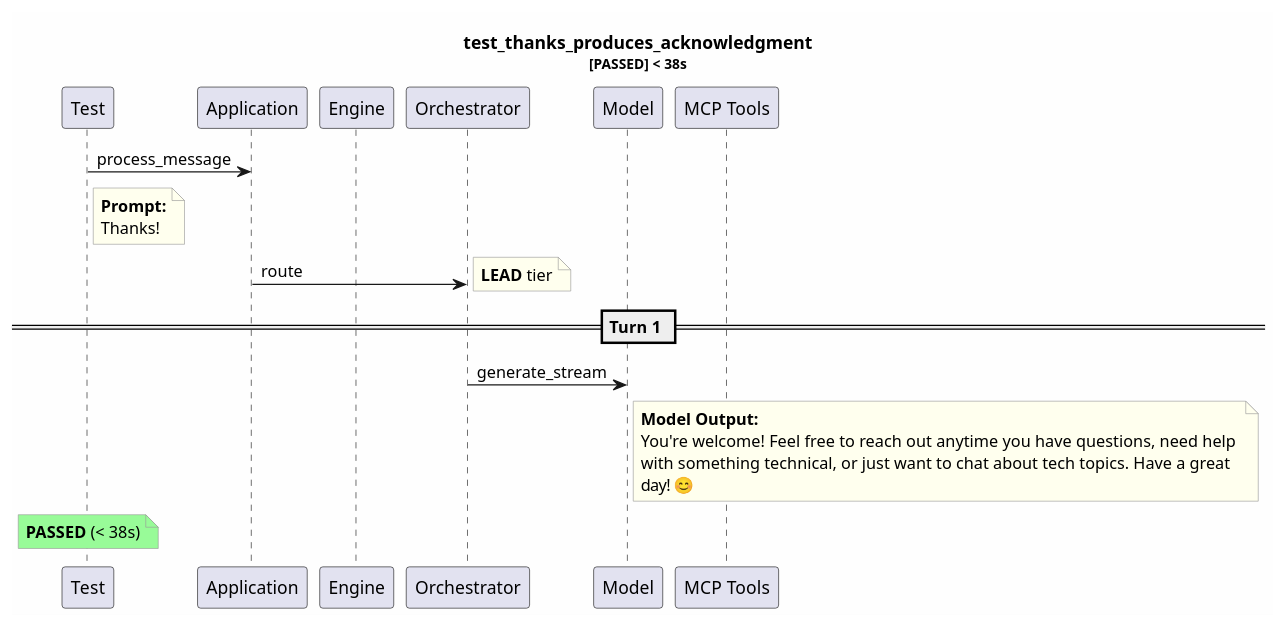
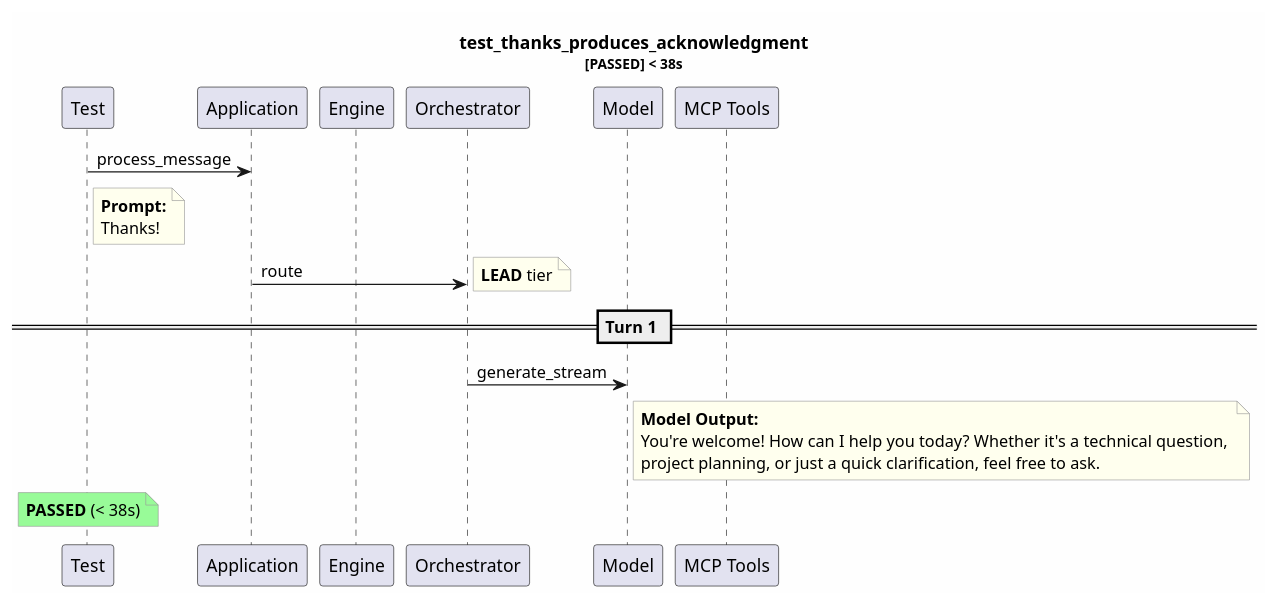
The diagram in test-reports/logs/test_thanks_produces_acknowledgment/test_thanks_produces_acknowledgment.puml (tvanfossen/entropic), drawn with PlantUML before and after one commit. The commit also changed 11 other files, not shown here.

```diff
--- a/test-reports/logs/test_thanks_produces_acknowledgment/test_thanks_produces_acknowledgment.puml
+++ b/test-reports/logs/test_thanks_produces_acknowledgment/test_thanks_produces_acknowledgment.puml
@@ -1,33 +1,32 @@
 @startuml
 skinparam backgroundColor #FEFEFE
 skinparam noteBorderColor #999999
 skinparam noteBackgroundColor #FFFFEE
 title test_thanks_produces_acknowledgment\n<size:11>[PASSED] < 38s</size>
 
 participant "Test" as T
 participant "Application" as App
 participant "Engine" as Eng
 participant "Orchestrator" as Orch
 participant "Model" as Mdl
 participant "MCP Tools" as MCP
 
 T -> App: process_message
 note right of T
   **Prompt:**
   Thanks!
 end note
 App -> Orch: route
 note right: **LEAD** tier
 == Turn 1 ==
 Orch -> Mdl: generate_stream
 note right of Mdl
   **Model Output:**
-  You're welcome! Feel free to reach out anytime you have questions, need help 
-  with something technical, or just want to chat about tech topics. Have a great 
-  day! 😊
+  You're welcome! How can I help you today? Whether it's a technical question, 
+  project planning, or just a quick clarification, feel free to ask.
 end note
 note over T #palegreen
   **PASSED** (< 38s)
 end note
 
 @enduml
```
